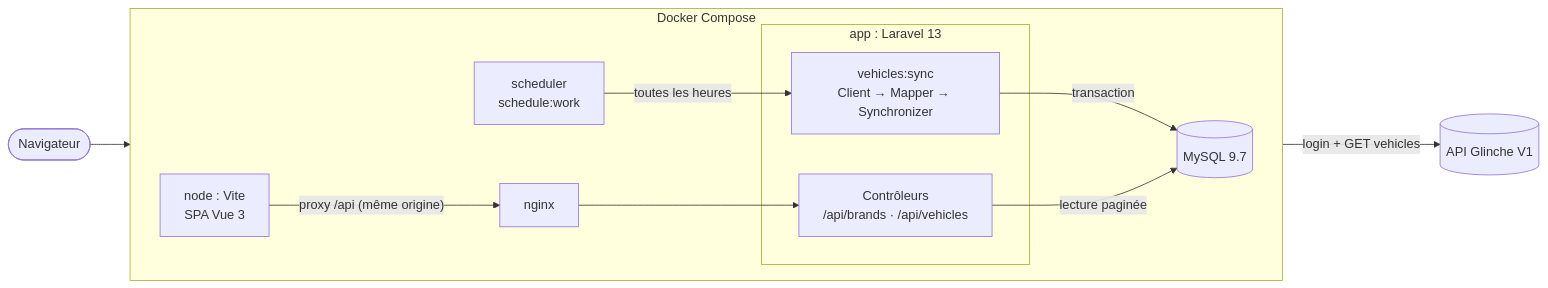
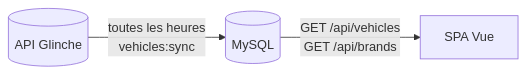
The first of 2 diagrams in README.md (Razigue/glinche-vehicle-catalog), drawn with Mermaid before and after one commit. The commit also changed other lines of this file, not shown here.

````diff
--- a/README.md
+++ b/README.md
@@ -96,26 +43,5 @@
 ```mermaid
 flowchart LR
-    glinche[("API Glinche V1")]
-
-    subgraph docker["Docker Compose"]
-        direction LR
-        scheduler["scheduler<br/>schedule:work"]
-        subgraph app["app : Laravel 13"]
-            sync["vehicles:sync<br/>Client → Mapper → Synchronizer"]
-            api["Contrôleurs<br/>/api/brands · /api/vehicles"]
-        end
-        mysql[("MySQL 9.7")]
-        nginx["nginx"]
-        node["node : Vite<br/>SPA Vue 3"]
-    end
-
-    browser(["Navigateur"])
-
-    scheduler -- "toutes les heures" --> sync
-    sync -- "login + GET vehicles" --> glinche
-    sync -- "transaction" --> mysql
-    api -- "lecture paginée" --> mysql
-    nginx --> api
-    browser --> node
-    node -- "proxy /api (même origine)" --> nginx
+    G[("API Glinche")] -->|"toutes les heures<br/>vehicles:sync"| DB[("MySQL")]
+    DB -->|"GET /api/vehicles<br/>GET /api/brands"| V["SPA Vue"]
 ```
````
